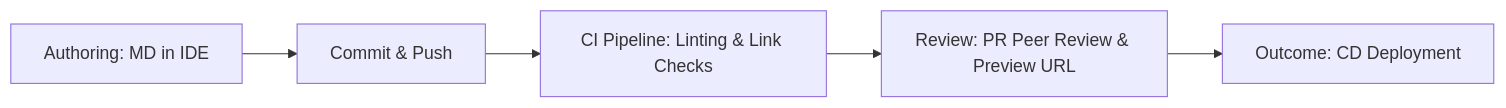
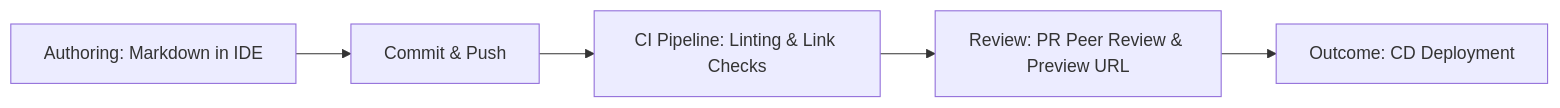
One commit to vaishvanara/techwritingkb changed the diagram in docs/industry-terms/continuous-documentation.md. Above: the diagram before and after it, drawn with Mermaid. The commit also changed other lines of this file and 51 other files, not shown here.

````diff
--- a/docs/industry-terms/continuous-documentation.md
+++ b/docs/industry-terms/continuous-documentation.md
@@ -36,7 +36,7 @@
 ```mermaid
 graph LR
-    A[Authoring: MD in IDE] --> B[Commit & Push]
+    A[Authoring: Markdown in IDE] --> B[Commit & Push]
     B --> C[CI Pipeline: Linting & Link Checks]
     C --> D[Review: PR Peer Review & Preview URL]
     D --> E[Outcome: CD Deployment]
 ```
````
